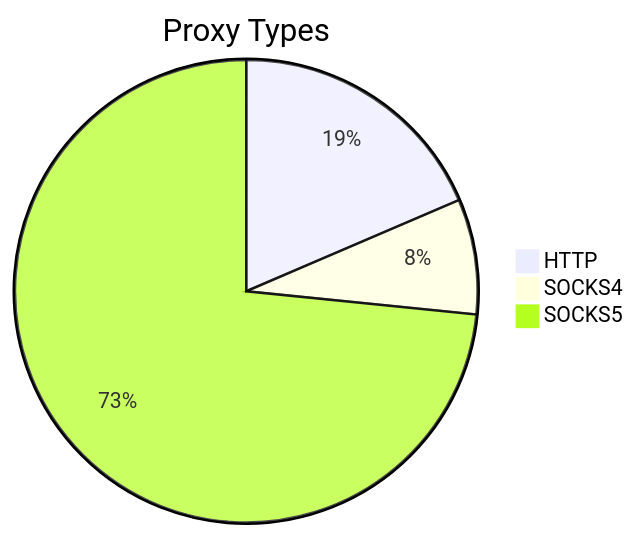
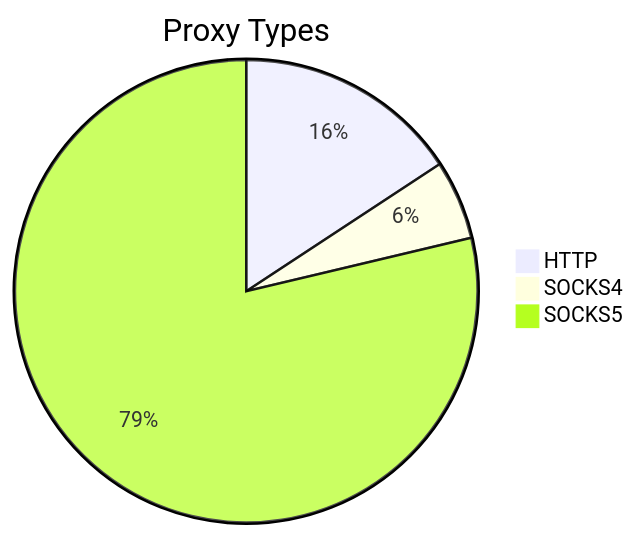
Before and after one commit to stormsia/proxy-list: the first of 2 diagrams in README.md, drawn with Mermaid. The commit also changed other lines of this file, not shown here.

````diff
--- a/README.md
+++ b/README.md
@@ -21,6 +21,6 @@
 ```mermaid
 pie title Proxy Types
-    "HTTP" : 136
-    "SOCKS4" : 59
-    "SOCKS5" : 538
+    "HTTP" : 105
+    "SOCKS4" : 37
+    "SOCKS5" : 525
 ```
````
